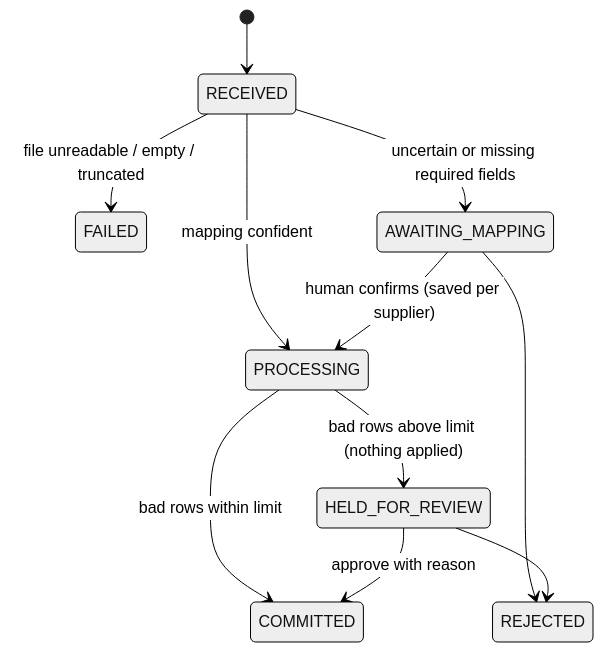
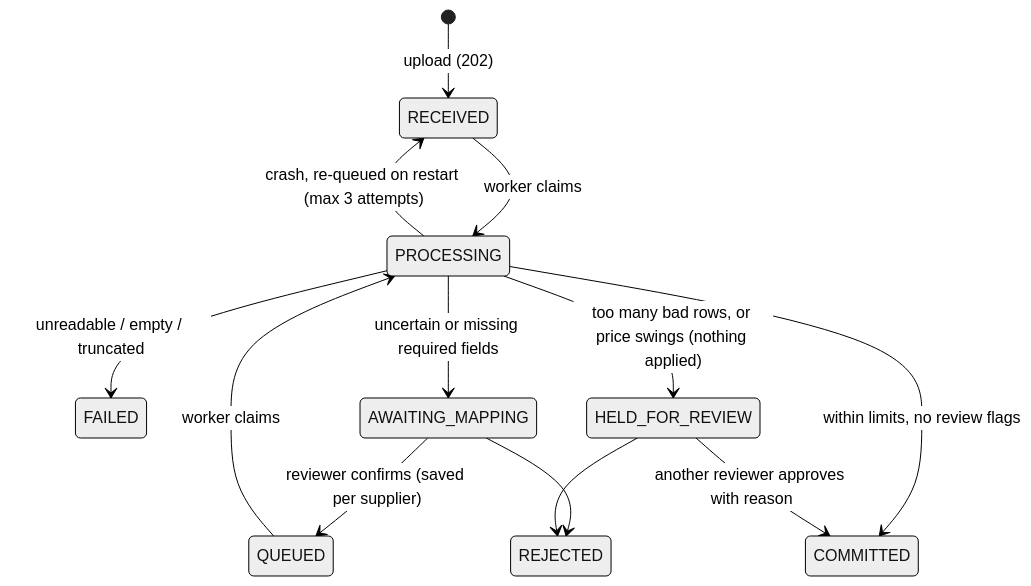
Before and after one commit to Stratosz/DBT-Adobe-Assignment: the first of 2 diagrams in README.md, drawn with Mermaid (neutral theme). The commit also changed other lines of this file and 5 other files, not shown here.

````diff
--- a/README.md
+++ b/README.md
@@ -74,13 +118,15 @@
 ```mermaid
 stateDiagram-v2
-  [*] --> RECEIVED
-  RECEIVED --> FAILED: file unreadable / empty / truncated
-  RECEIVED --> AWAITING_MAPPING: uncertain or missing required fields
-  RECEIVED --> PROCESSING: mapping confident
-  AWAITING_MAPPING --> PROCESSING: human confirms (saved per supplier)
+  [*] --> RECEIVED: upload (202)
+  RECEIVED --> PROCESSING: worker claims
+  PROCESSING --> FAILED: unreadable / empty / truncated
+  PROCESSING --> AWAITING_MAPPING: uncertain or missing required fields
+  AWAITING_MAPPING --> QUEUED: reviewer confirms (saved per supplier)
   AWAITING_MAPPING --> REJECTED
-  PROCESSING --> COMMITTED: bad rows within limit
-  PROCESSING --> HELD_FOR_REVIEW: bad rows above limit (nothing applied)
-  HELD_FOR_REVIEW --> COMMITTED: approve with reason
+  QUEUED --> PROCESSING: worker claims
+  PROCESSING --> COMMITTED: within limits, no review flags
+  PROCESSING --> HELD_FOR_REVIEW: too many bad rows, or price swings (nothing applied)
+  HELD_FOR_REVIEW --> COMMITTED: another reviewer approves with reason
   HELD_FOR_REVIEW --> REJECTED
+  PROCESSING --> RECEIVED: crash, re-queued on restart (max 3 attempts)
 ```
````
